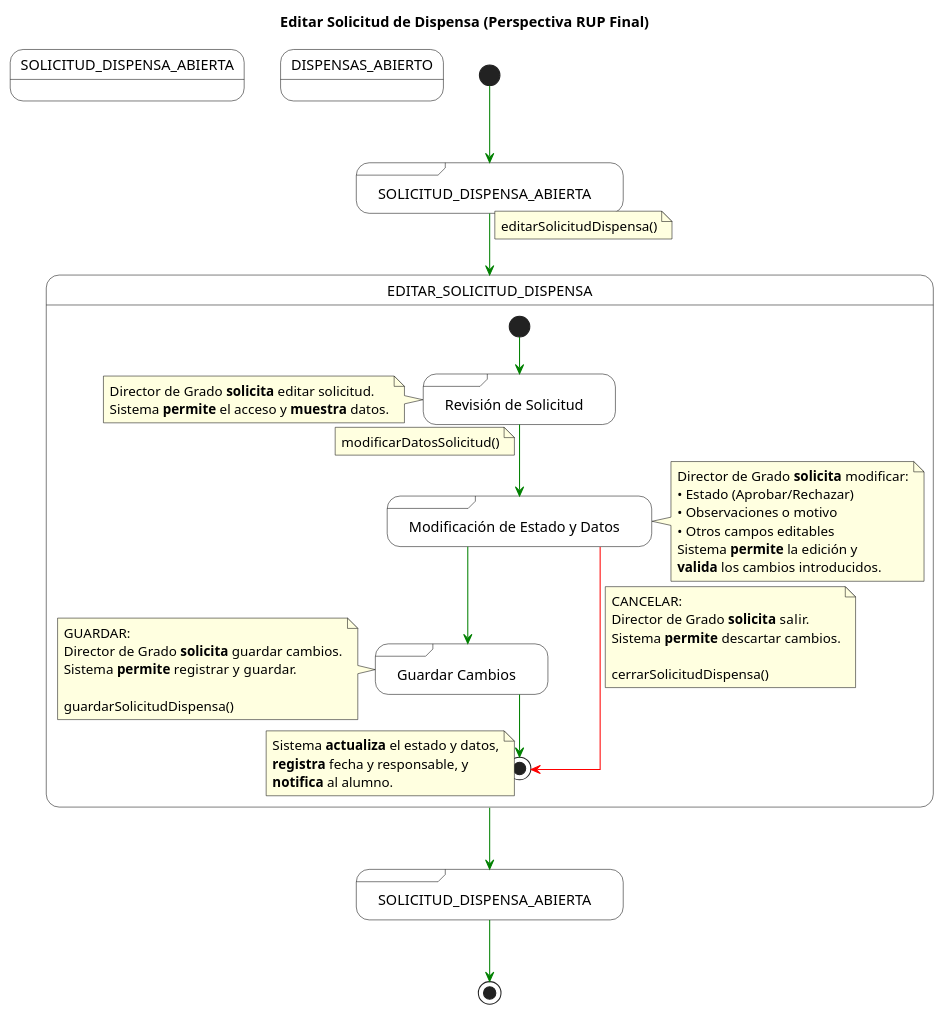
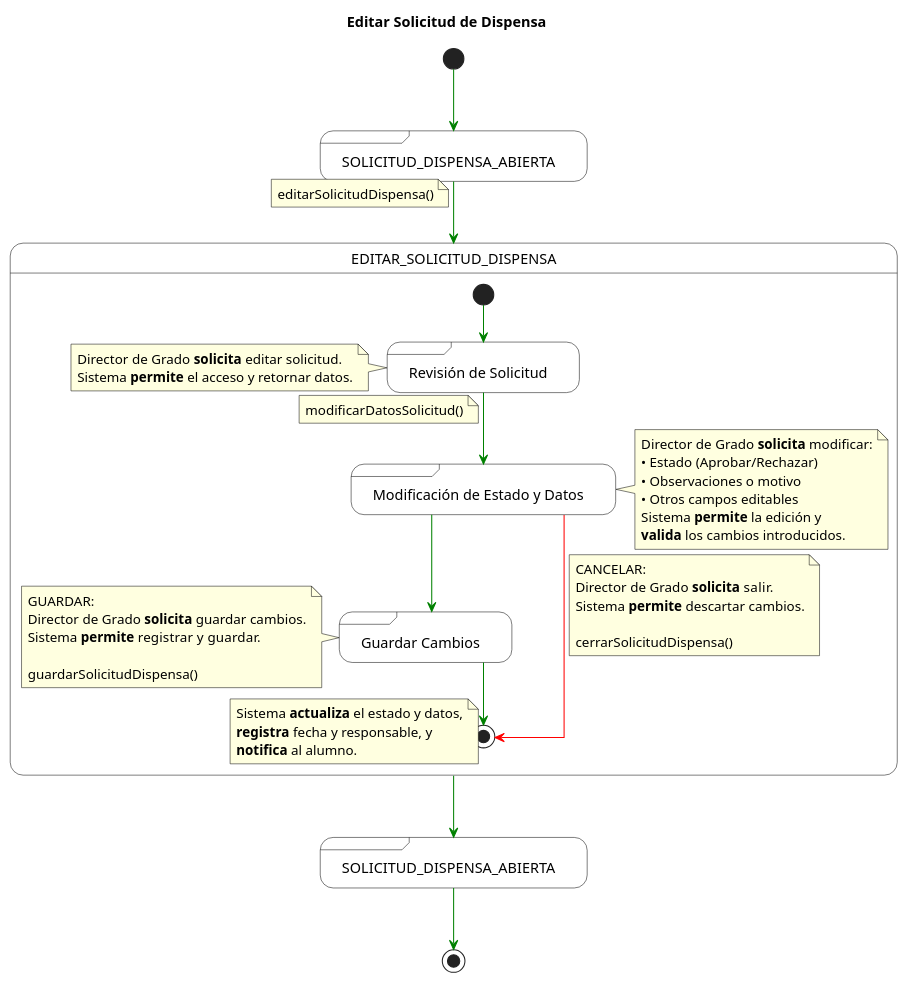
Before and after one commit to enmabry/25-26-IdSw1-SdR: the diagram in documents/CasosDeUso/DetalladoCasosDeUso/DirectorDeGrado/editarSolicitudDispensa.puml, drawn with PlantUML. The commit also changed 44 other files, not shown here.

```diff
--- a/documents/CasosDeUso/DetalladoCasosDeUso/DirectorDeGrado/editarSolicitudDispensa.puml
+++ b/documents/CasosDeUso/DetalladoCasosDeUso/DirectorDeGrado/editarSolicitudDispensa.puml
@@ -1,82 +1,78 @@
 @startuml
-title Editar Solicitud de Dispensa (Perspectiva RUP Final)
+title Editar Solicitud de Dispensa
 
 skinparam {
     StateBackgroundColor white
     StateBorderColor black
     NoteBackgroundColor lightyellow
     NoteBorderColor black
     ArrowColor green
     linetype ortho
 }
-
-state SOLICITUD_DISPENSA_ABIERTA_INICIAL as "SOLICITUD_DISPENSA_ABIERTA"
-state DISPENSAS_ABIERTO_FINAL            as "DISPENSAS_ABIERTO"
 
 state "SOLICITUD_DISPENSA_ABIERTA" as startState <<sdlreceive>>
 state "SOLICITUD_DISPENSA_ABIERTA" as endState <<sdlreceive>>
 
 [*] -[#green]-> startState
 
 startState -[#green]-> EDITAR_SOLICITUD_DISPENSA
 note on link
     editarSolicitudDispensa()
 end note
 
 state EDITAR_SOLICITUD_DISPENSA {
     [*] -[#green]-> RevisarSolicitud
     
     state "Revisión de Solicitud" as RevisarSolicitud <<sdlreceive>>
     note left of RevisarSolicitud
         Director de Grado <b>solicita</b> editar solicitud.
-        Sistema <b>permite</b> el acceso y <b>muestra</b> datos.
+        Sistema <b>permite</b> el acceso y retornar datos.
     end note
     
     RevisarSolicitud -[#green]-> ModificarEstadoYDatos
     note on link
         modificarDatosSolicitud()
     end note
     
     state "Modificación de Estado y Datos" as ModificarEstadoYDatos <<sdlreceive>>
     note right of ModificarEstadoYDatos
         Director de Grado <b>solicita</b> modificar:
         • Estado (Aprobar/Rechazar)
         • Observaciones o motivo
         • Otros campos editables
         Sistema <b>permite</b> la edición y
         <b>valida</b> los cambios introducidos.
     end note
     
     ModificarEstadoYDatos -[#green]-> GuardarCambios
     
     state "Guardar Cambios" as GuardarCambios <<sdlreceive>>
     note left of GuardarCambios
         GUARDAR:
         Director de Grado <b>solicita</b> guardar cambios.
         Sistema <b>permite</b> registrar y guardar.
         
         guardarSolicitudDispensa()
     end note
     
     GuardarCambios -[#green]-> [*]
     note on link
         Sistema <b>actualiza</b> el estado y datos,
         <b>registra</b> fecha y responsable, y
         <b>notifica</b> al alumno.
     end note
     
     ModificarEstadoYDatos -[#red]-> [*]
     note on link
         CANCELAR:
         Director de Grado <b>solicita</b> salir.
         Sistema <b>permite</b> descartar cambios.
         
         cerrarSolicitudDispensa()
     end note
 }
 
 EDITAR_SOLICITUD_DISPENSA -[#green]-> endState
 
 endState -[#green]-> [*]
-
 @enduml
```
